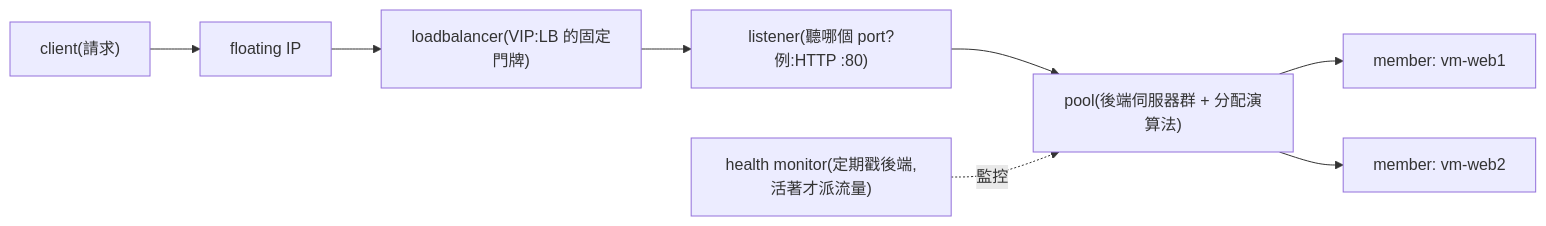
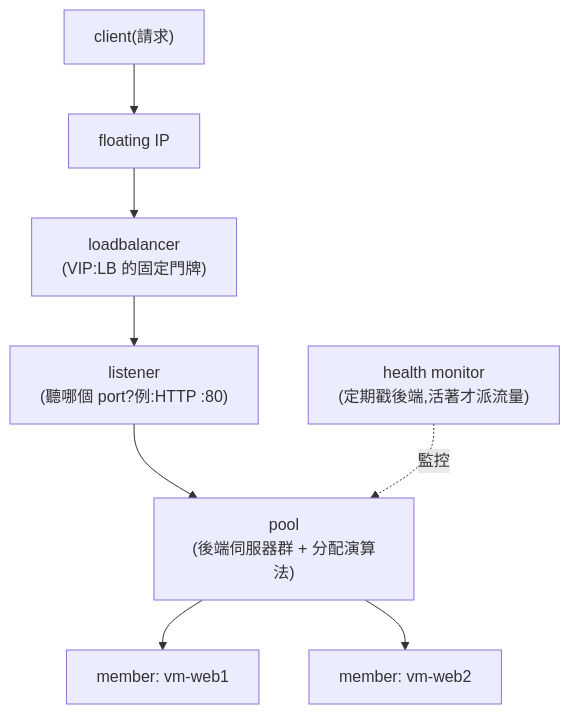
The first of 2 diagrams in docs/runbook/sprint3-day4-octavia.md (DeepWaveLab/OpenStackPracticing), drawn with Mermaid before and after one commit. The commit also changed other lines of this file and 15 other files, not shown here.

Commit message:
docs: add dashboard screenshots and fix wide diagram layouts

````diff
--- a/docs/runbook/sprint3-day4-octavia.md
+++ b/docs/runbook/sprint3-day4-octavia.md
@@ -25,10 +25,10 @@
 ```mermaid
-flowchart LR
+flowchart TB
     C["client(請求)"] --> FIP["floating IP"]
-    FIP --> LB["loadbalancer(VIP:LB 的固定門牌)"]
-    LB --> LIS["listener(聽哪個 port?例:HTTP :80)"]
-    LIS --> P["pool(後端伺服器群 + 分配演算法)"]
+    FIP --> LB["loadbalancer<br/>(VIP:LB 的固定門牌)"]
+    LB --> LIS["listener<br/>(聽哪個 port?例:HTTP :80)"]
+    LIS --> P["pool<br/>(後端伺服器群 + 分配演算法)"]
+    HM["health monitor<br/>(定期戳後端,活著才派流量)"] -.->|監控| P
     P --> M1["member: vm-web1"]
     P --> M2["member: vm-web2"]
-    HM["health monitor(定期戳後端,活著才派流量)"] -.監控.-> P
 ```
````
